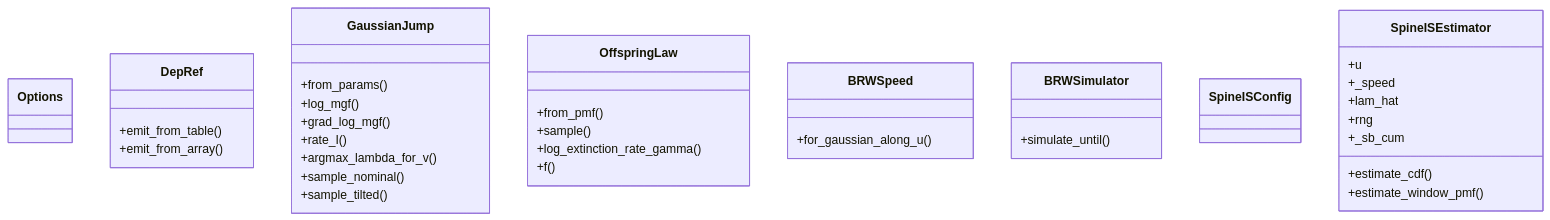
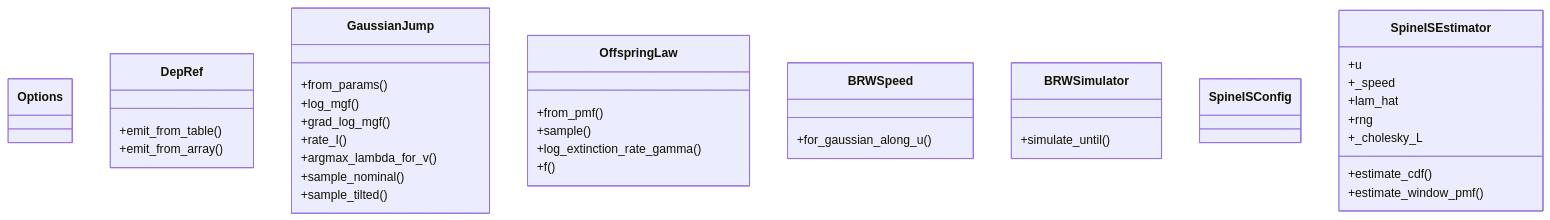
One commit to DiogoRibeiro7/brw-fpt changed the diagram in docs/architecture/class-diagram.mmd. Above: the diagram before and after it, drawn with Mermaid. The commit also changed 2 other files, not shown here.

Commit message:
docs: Update architecture diagrams [skip ci]

```diff
--- a/docs/architecture/class-diagram.mmd
+++ b/docs/architecture/class-diagram.mmd
@@ -1,46 +1,46 @@
 classDiagram
   class Options {
   }
 
   class DepRef {
     +emit_from_table()
     +emit_from_array()
   }
 
   class GaussianJump {
     +from_params()
     +log_mgf()
     +grad_log_mgf()
     +rate_I()
     +argmax_lambda_for_v()
     +sample_nominal()
     +sample_tilted()
   }
 
   class OffspringLaw {
     +from_pmf()
     +sample()
     +log_extinction_rate_gamma()
     +f()
   }
 
   class BRWSpeed {
     +for_gaussian_along_u()
   }
 
   class BRWSimulator {
     +simulate_until()
   }
 
   class SpineISConfig {
   }
 
   class SpineISEstimator {
     +u
     +_speed
     +lam_hat
     +rng
-    +_sb_cum
+    +_cholesky_L
     +estimate_cdf()
     +estimate_window_pmf()
   }
```
